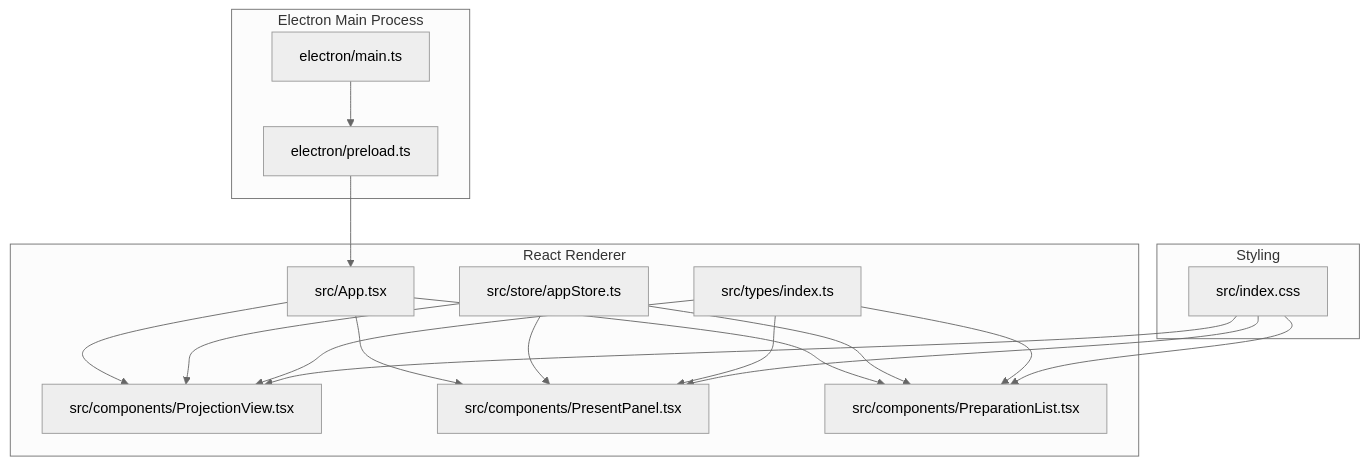
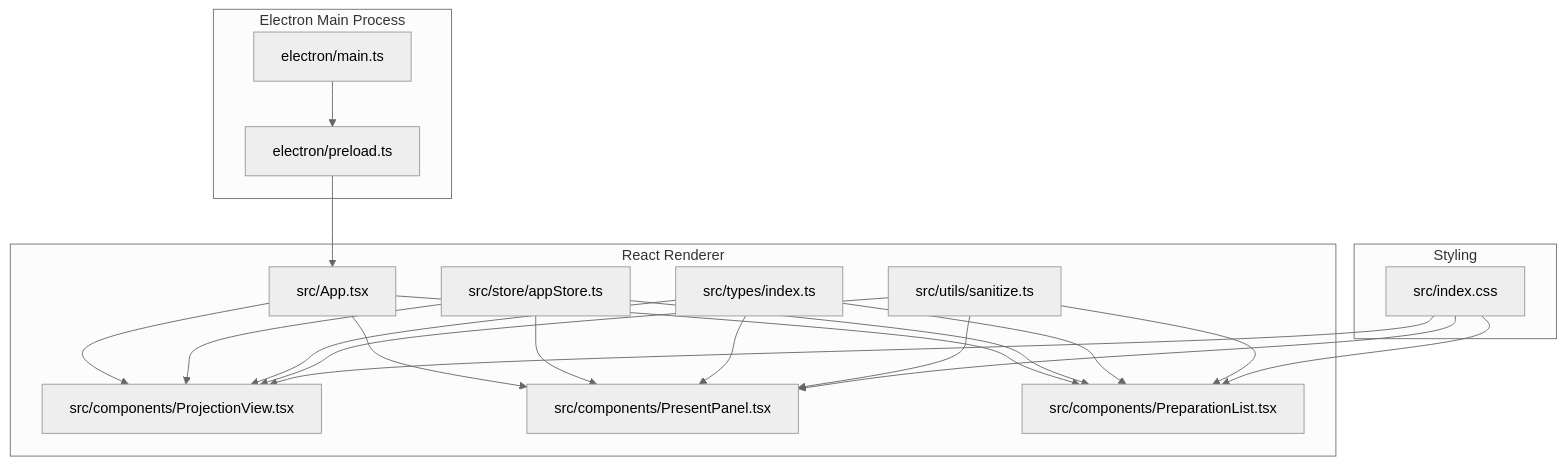
Before and after one commit to jimmywyk/lyricdeck: the first of 14 diagrams in .qoder/repowiki/en/content/User Interface Components/Projection View Component.md, drawn with Mermaid (neutral theme). The commit also changed other lines of this file and 12 other files, not shown here.

````diff
--- a/.qoder/repowiki/en/content/User Interface Components/Projection View Component.md
+++ b/.qoder/repowiki/en/content/User Interface Components/Projection View Component.md
@@ -47,32 +49,36 @@
 ```mermaid
 graph TB
 subgraph "Electron Main Process"
 EM["electron/main.ts"]
 EP["electron/preload.ts"]
 end
 subgraph "React Renderer"
 APP["src/App.tsx"]
 PV["src/components/ProjectionView.tsx"]
 PP["src/components/PresentPanel.tsx"]
 PL["src/components/PreparationList.tsx"]
 AS["src/store/appStore.ts"]
 TY["src/types/index.ts"]
+SEC["src/utils/sanitize.ts"]
 end
 subgraph "Styling"
 CSS["src/index.css"]
 end
 EM --> EP
 EP --> APP
 APP --> PV
 APP --> PP
 APP --> PL
 AS --> PV
 AS --> PP
 AS --> PL
 TY --> PV
 TY --> PP
 TY --> PL
+SEC --> PV
+SEC --> PP
+SEC --> PL
 CSS --> PV
 CSS --> PP
 CSS --> PL
 ```
````
